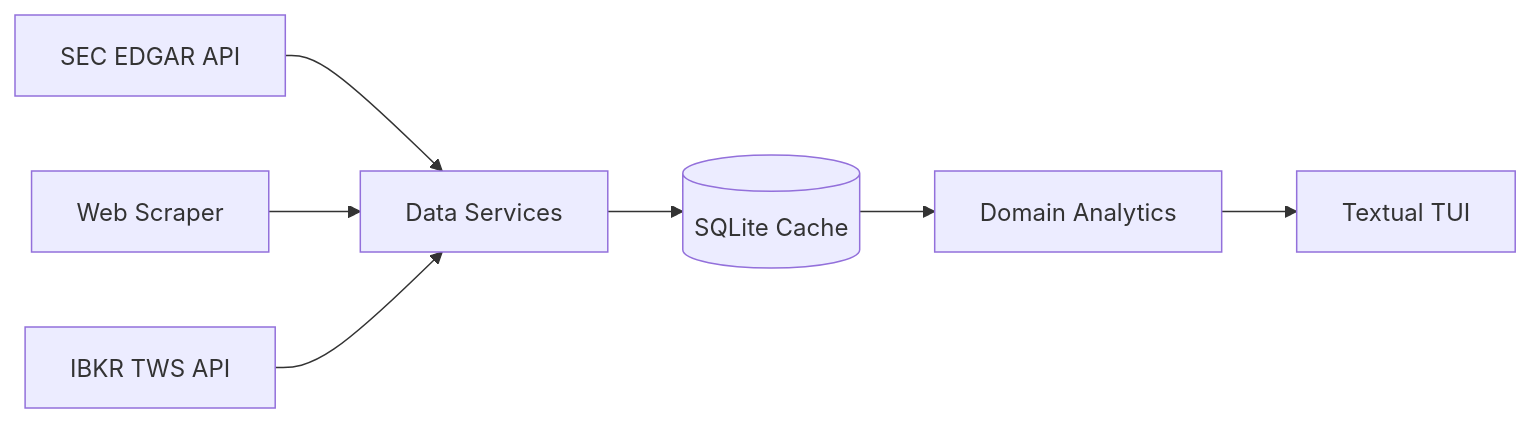
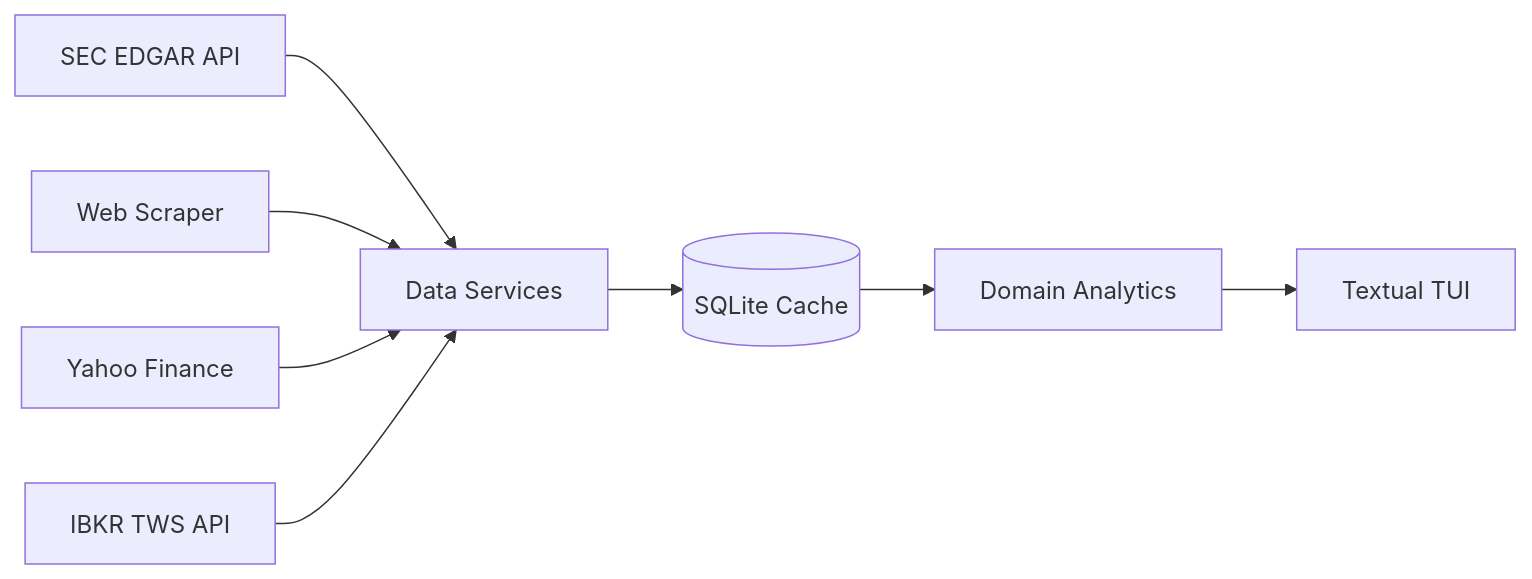
Before and after one commit to alwank/etfray: the diagram in README.md, drawn with Mermaid. The commit also changed other lines of this file and 23 other files, not shown here.

````diff
--- a/README.md
+++ b/README.md
@@ -67,9 +99,10 @@
 ```mermaid
 graph LR
     A[SEC EDGAR API] --> C[Data Services]
     B[Web Scraper] --> C
+    Y[Yahoo Finance] --> C
     D[IBKR TWS API] --> C
     C --> E[(SQLite Cache)]
     E --> F[Domain Analytics]
     F --> G[Textual TUI]
 ```
````
